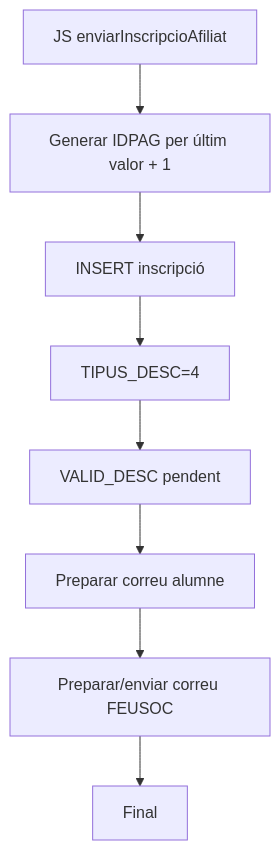
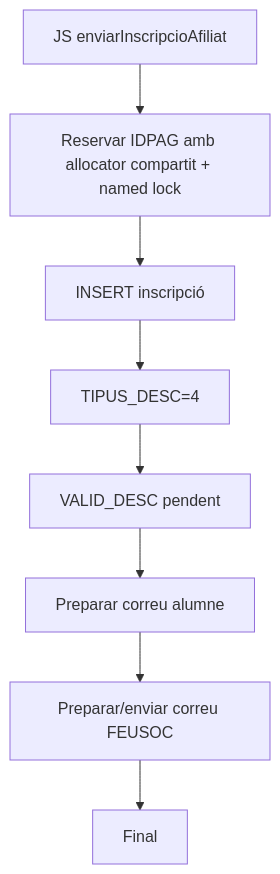
The ninth of 23 diagrams in documentacio/07-uml-integrat/uc-013-activitats-pagines-actual-final.md (orgmeriemprismacat-del/verifactu), drawn with Mermaid before and after one commit. The commit also changed other lines of this file, not shown here.

Commit message:
docs(uc-013): tancar risc concurrent IDPAG

````diff
--- a/documentacio/07-uml-integrat/uc-013-activitats-pagines-actual-final.md
+++ b/documentacio/07-uml-integrat/uc-013-activitats-pagines-actual-final.md
@@ -109,10 +109,10 @@
 ```mermaid
 flowchart TD
-    A[JS enviarInscripcioAfiliat] --> B[Generar IDPAG per últim valor + 1]
+    A[JS enviarInscripcioAfiliat] --> B[Reservar IDPAG amb allocator compartit + named lock]
     B --> C[INSERT inscripció]
     C --> D[TIPUS_DESC=4]
     D --> E[VALID_DESC pendent]
     E --> F[Preparar correu alumne]
     F --> G[Preparar/enviar correu FEUSOC]
     G --> H[Final]
 ```
````
